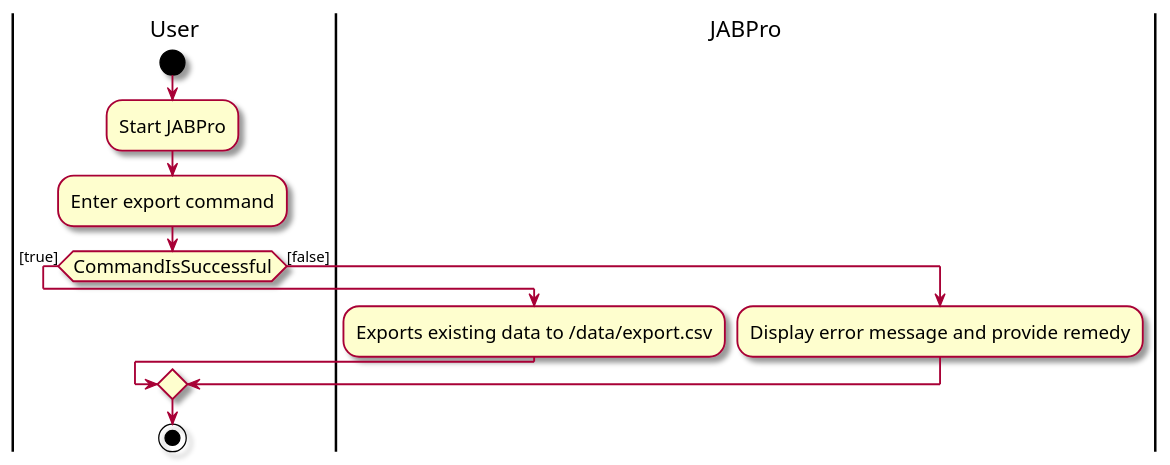
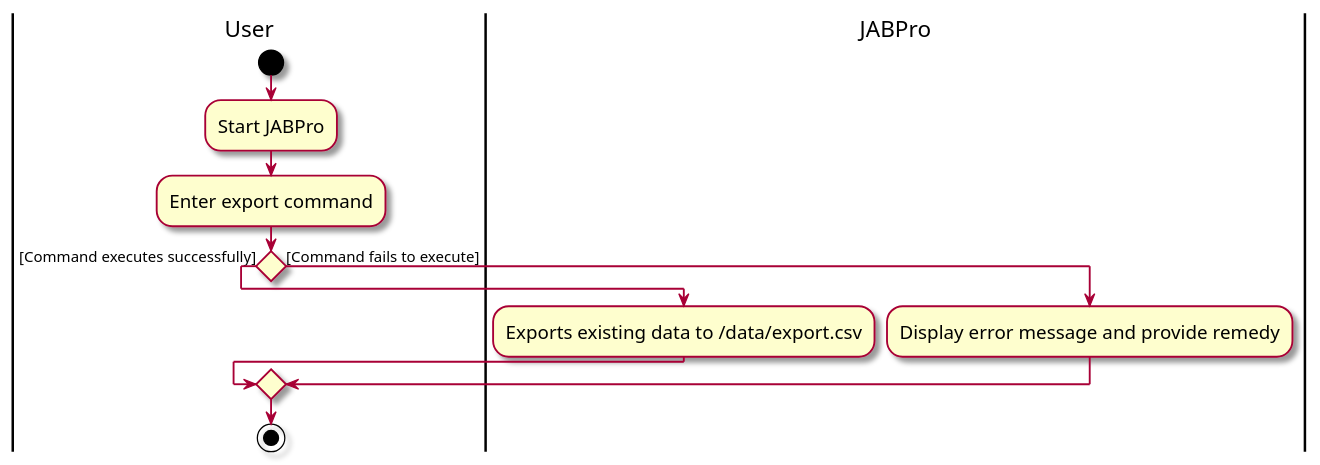
One commit to AriellaCallista/tp changed the diagram in diagrams/ExportActivityDiagram.puml. Above: the diagram before and after it, drawn with PlantUML. The commit also changed 50 other files, not shown here.

```diff
--- a/diagrams/ExportActivityDiagram.puml
+++ b/diagrams/ExportActivityDiagram.puml
@@ -1,25 +1,25 @@
 @startuml
 skin rose
 skinparam ActivityFontSize 15
 skinparam ArrowFontSize 12
 'https://plantuml.com/activity-diagram-beta
 skin rose
 skinparam ActivityFontSize 15
 skinparam ArrowFontSize 12
 |User|
 start
 :Start JABPro;
 :Enter export command;
-if (CommandIsSuccessful) then ([true])
+if () then ([Command executes successfully])
   |JABPro|
   :Exports existing data to /data/export.csv;
-else ([false])
+else ([Command fails to execute])
   |JABPro|
   :Display error message and provide remedy;
   |User|
 
 endif
 
 stop
 
 @enduml
```
